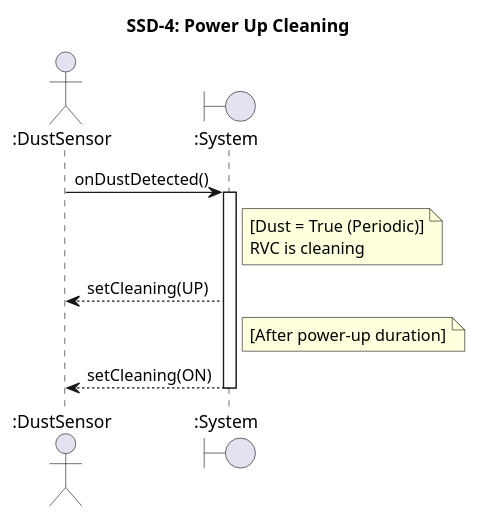
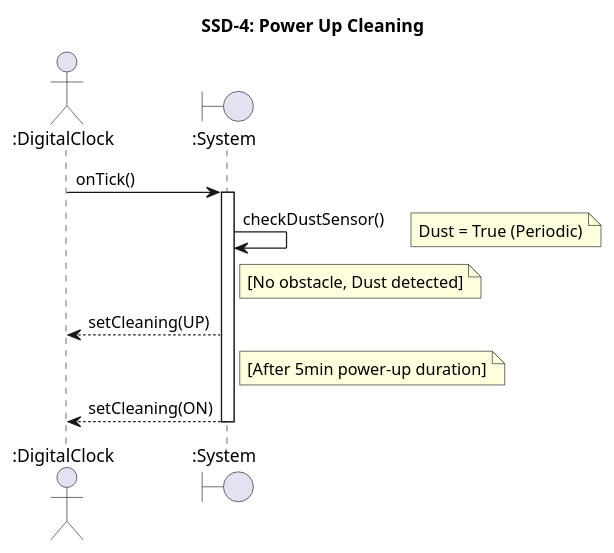
One commit to OOP-konkuk/CICD-Team7 changed the fourth of 4 diagrams in docs/vibe-coding/02-ooa/ssd.mdx. Above: the diagram before and after it, drawn with PlantUML. The commit also changed other lines of this file and 8 other files, not shown here.

First line of the commit message:
refactor(ooa/ood/ooi): Change dust detection to polling in onTick() (Option A)

````diff
--- a/docs/vibe-coding/02-ooa/ssd.mdx
+++ b/docs/vibe-coding/02-ooa/ssd.mdx
@@ -134,19 +133,20 @@
 ```plantuml
 @startuml SSD4_PowerUpCleaning
 title SSD-4: Power Up Cleaning
 
-actor ":DustSensor" as DS
+actor ":DigitalClock" as Clock
 boundary ":System" as Sys
 
-DS -> Sys : onDustDetected()
+Clock -> Sys : onTick()
 activate Sys
+Sys -> Sys : checkDustSensor()
+note right : Dust = True (Periodic)
 note right of Sys
-  [Dust = True (Periodic)]
-  RVC is cleaning
+  [No obstacle, Dust detected]
 end note
-Sys --> DS : setCleaning(UP)
-note right of Sys : [After power-up duration]
-Sys --> DS : setCleaning(ON)
+Sys --> Clock : setCleaning(UP)
+note right of Sys : [After 5min power-up duration]
+Sys --> Clock : setCleaning(ON)
 deactivate Sys
 @enduml
 ```
````
